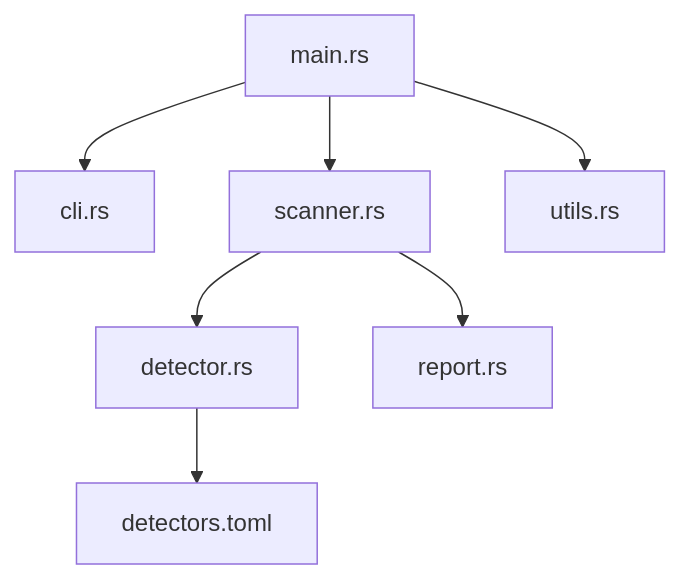
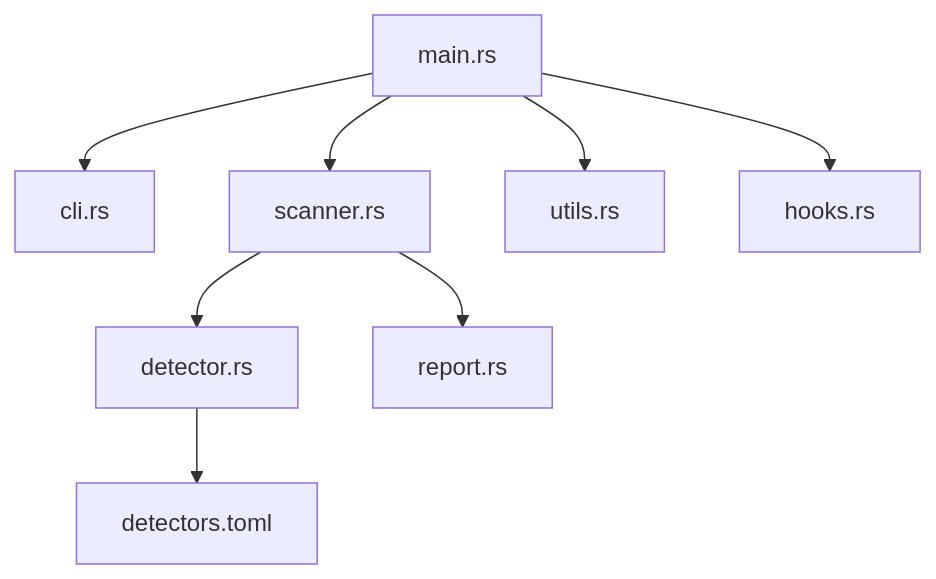
Before and after one commit to pixincreate/KeyWatch: the diagram in README.md, drawn with Mermaid. The commit also changed other lines of this file and 1 other file, not shown here.

````diff
--- a/README.md
+++ b/README.md
@@ -64,9 +70,10 @@
 ```mermaid
 graph TD
     A[main.rs] --> B[cli.rs]
     A --> C[scanner.rs]
     C --> D[detector.rs]
     D --> E[detectors.toml]
     C --> F[report.rs]
     A --> G[utils.rs]
+    A --> H[hooks.rs]
 ```
````
